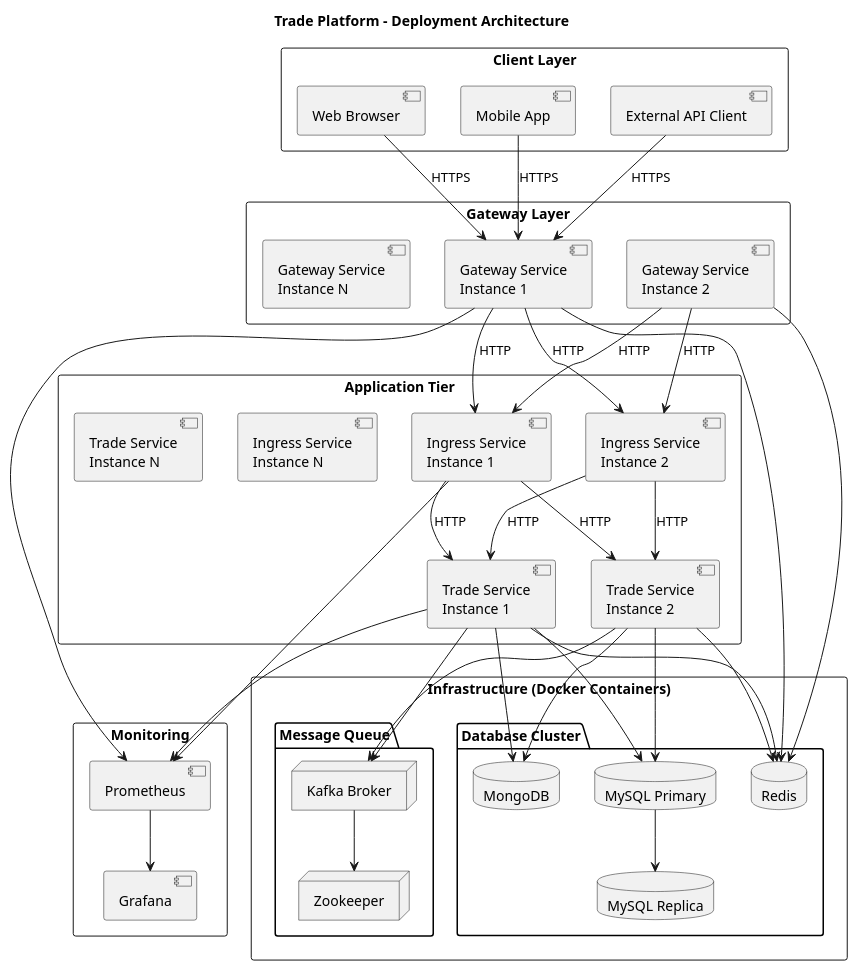
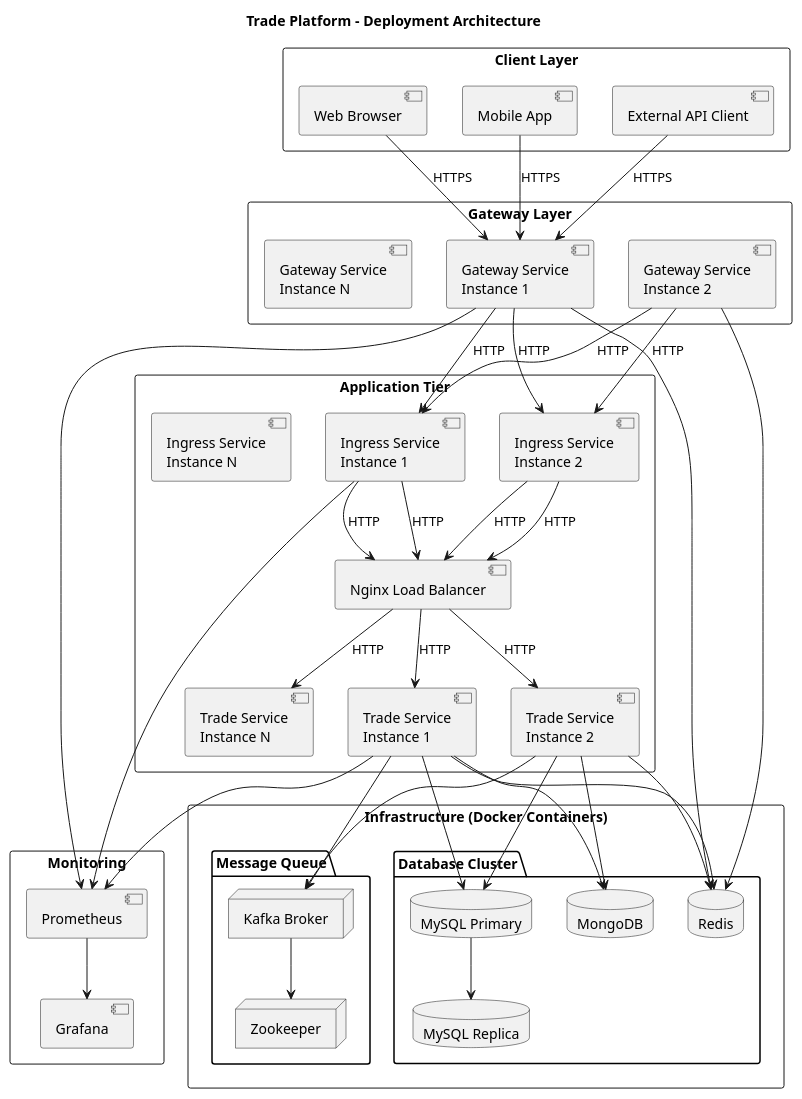
The diagram in backend/diagrams/deployment-diagram.puml (mukizonese/trade-platform), drawn with PlantUML before and after one commit. The commit also changed 6 other files, not shown here.

Commit message:
PlantUML diagrams updated to NGINX proxy between Trade service

```diff
--- a/backend/diagrams/deployment-diagram.puml
+++ b/backend/diagrams/deployment-diagram.puml
@@ -1,79 +1,85 @@
 @startuml
 title Trade Platform - Deployment Architecture
 
 rectangle "Client Layer" {
   [Web Browser] as Browser
   [Mobile App] as Mobile
   [External API Client] as APIClient
 }
 
 rectangle "Gateway Layer" {
   [Gateway Service\nInstance 1] as Gateway1
   [Gateway Service\nInstance 2] as Gateway2
   [Gateway Service\nInstance N] as GatewayN
 }
 
 rectangle "Application Tier" {
   [Ingress Service\nInstance 1] as Ingress1
   [Ingress Service\nInstance 2] as Ingress2
   [Ingress Service\nInstance N] as IngressN
+  
+  [Nginx Load Balancer] as Nginx
   
   [Trade Service\nInstance 1] as Trade1
   [Trade Service\nInstance 2] as Trade2
   [Trade Service\nInstance N] as TradeN
 }
 
 rectangle "Infrastructure (Docker Containers)" {
   package "Database Cluster" {
     database "MySQL Primary" as MySQLPrimary
     database "MySQL Replica" as MySQLReplica
     database "MongoDB" as MongoDB
     database "Redis" as Redis
   }
   package "Message Queue" {
     node "Kafka Broker" as Kafka
     node "Zookeeper" as Zookeeper
   }
 }
 
 rectangle "Monitoring" {
   [Prometheus] as Prometheus
   [Grafana] as Grafana
 }
 
 Browser --> Gateway1 : HTTPS
 Mobile --> Gateway1 : HTTPS
 APIClient --> Gateway1 : HTTPS
 
 Gateway1 --> Ingress1 : HTTP
 Gateway1 --> Ingress2 : HTTP
 Gateway2 --> Ingress1 : HTTP
 Gateway2 --> Ingress2 : HTTP
 
-Ingress1 --> Trade1 : HTTP
-Ingress1 --> Trade2 : HTTP
-Ingress2 --> Trade1 : HTTP
-Ingress2 --> Trade2 : HTTP
+Ingress1 --> Nginx : HTTP
+Ingress1 --> Nginx : HTTP
+Ingress2 --> Nginx : HTTP
+Ingress2 --> Nginx : HTTP
+
+Nginx --> Trade1 : HTTP
+Nginx --> Trade2 : HTTP
+Nginx --> TradeN : HTTP
 
 Trade1 --> MySQLPrimary
 Trade1 --> MongoDB
 Trade1 --> Redis
 Trade1 --> Kafka
 
 Trade2 --> MySQLPrimary
 Trade2 --> MongoDB
 Trade2 --> Redis
 Trade2 --> Kafka
 
 Gateway1 --> Redis
 Gateway2 --> Redis
 
 Kafka --> Zookeeper
 MySQLPrimary --> MySQLReplica
 
 Gateway1 --> Prometheus
 Ingress1 --> Prometheus
 Trade1 --> Prometheus
 Prometheus --> Grafana
 
 @enduml
```
